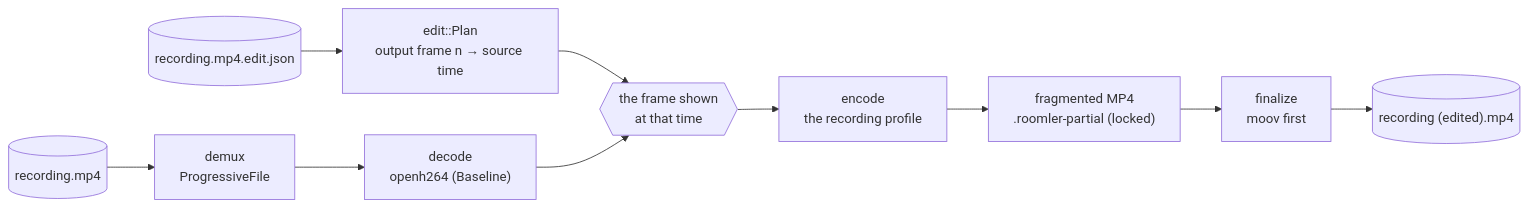
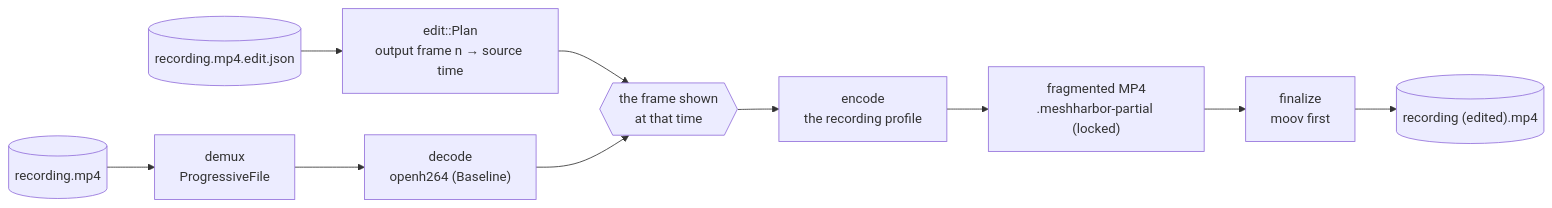
One commit to jk-zhang-meta/MeshHarbor changed diagram 14 of 15 in docs/recording.md. Above: the diagram before and after it, drawn with Mermaid. The commit also changed other lines of this file and 682 other files, not shown here.

````diff
--- a/docs/recording.md
+++ b/docs/recording.md
@@ -1206,12 +1206,12 @@
 ```mermaid
 flowchart LR
     REC[("recording.mp4")] --> DMX["demux<br/>ProgressiveFile"]
     DMX --> DEC["decode<br/>openh264 (Baseline)"]
     EDL[("recording.mp4.edit.json")] --> PLAN["edit::Plan<br/>output frame n → source time"]
     PLAN --> PICK{{"the frame shown<br/>at that time"}}
     DEC --> PICK
     PICK --> ENC["encode<br/>the recording profile"]
-    ENC --> FW["fragmented MP4<br/>.roomler-partial (locked)"]
+    ENC --> FW["fragmented MP4<br/>.meshharbor-partial (locked)"]
     FW --> FIN["finalize<br/>moov first"]
     FIN --> OUT[("recording (edited).mp4")]
 ```
````
